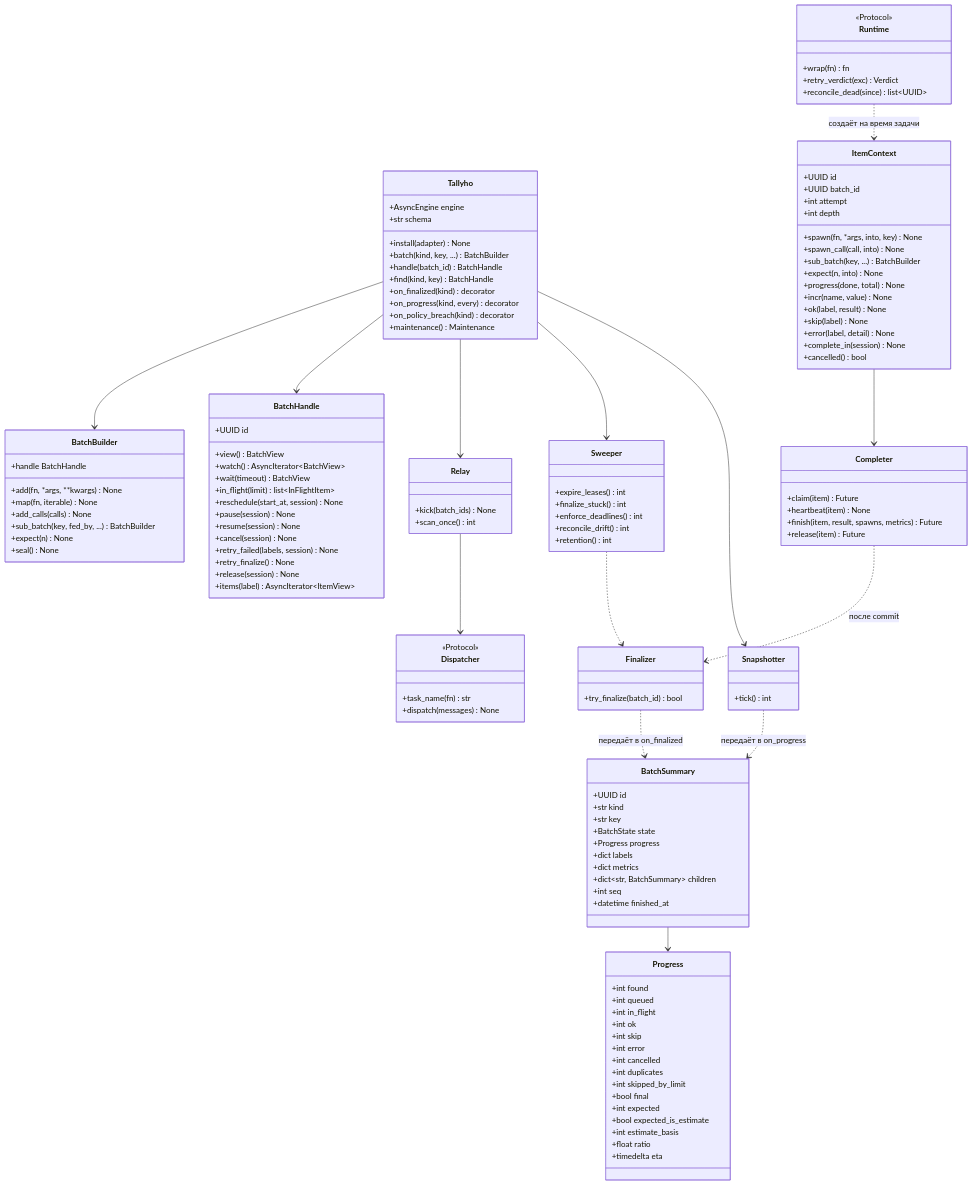
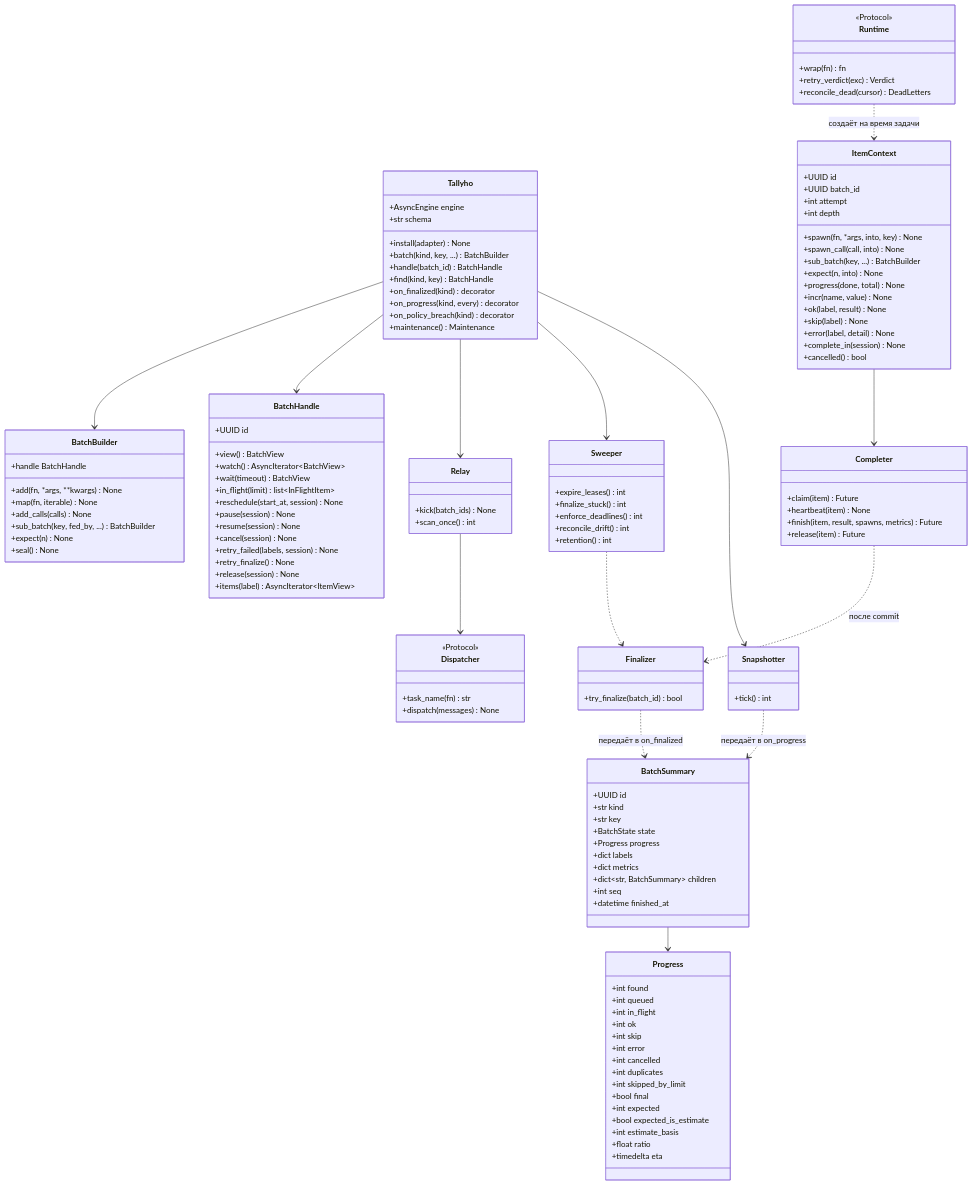
The fourth of 39 diagrams in docs/ARCHITECTURE.md (0cherednoq/Tallyho), drawn with Mermaid before and after one commit. The commit also changed other lines of this file, not shown here.

Commit message:
docs: сигнатуры адаптера по итогам T1.4
reconcile_dead листает DLQ непрозрачным курсором и возвращает
DeadLetters; кодек payload — отдельный протокол PayloadCodec адаптера.

```diff
--- a/docs/ARCHITECTURE.md
+++ b/docs/ARCHITECTURE.md
@@ -301,7 +301,7 @@
         <<Protocol>>
         +wrap(fn) fn
         +retry_verdict(exc) Verdict
-        +reconcile_dead(since) list~UUID~
+        +reconcile_dead(cursor) DeadLetters
     }
 
     Tallyho --> BatchBuilder
```
